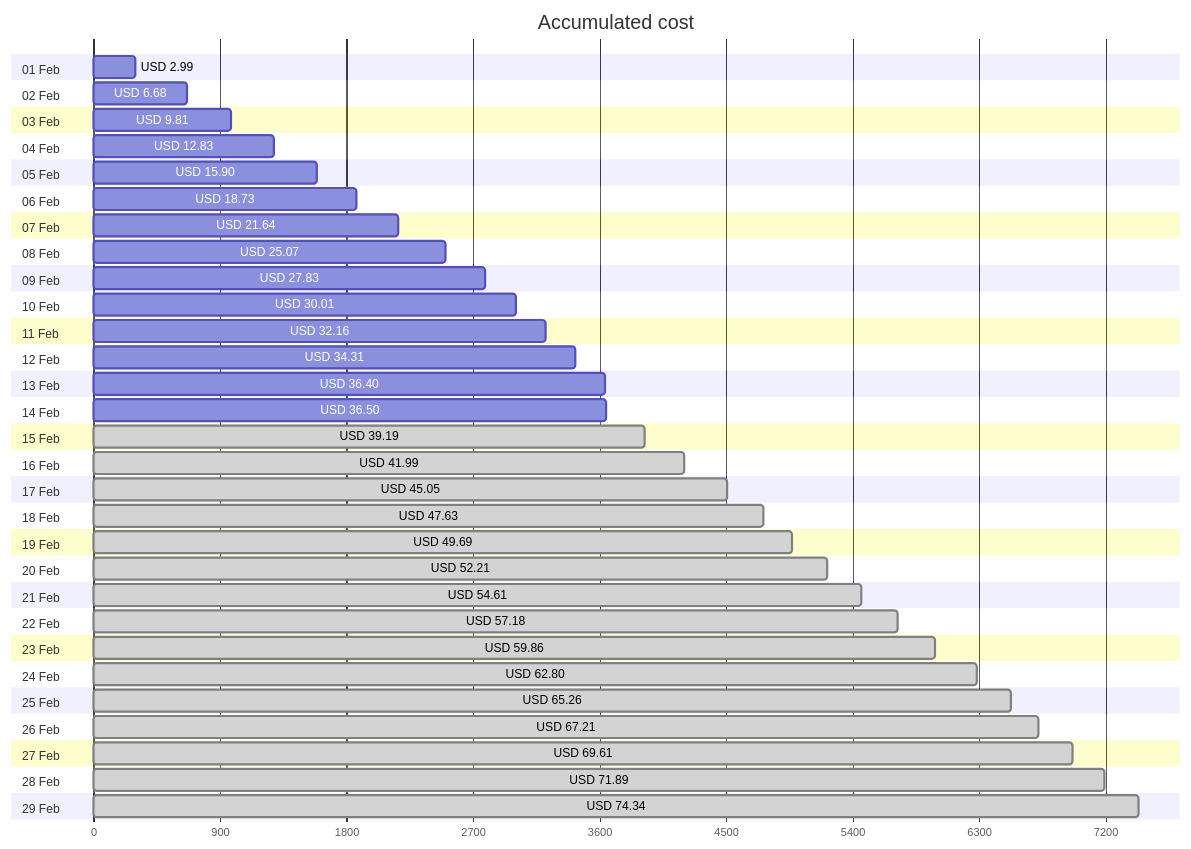
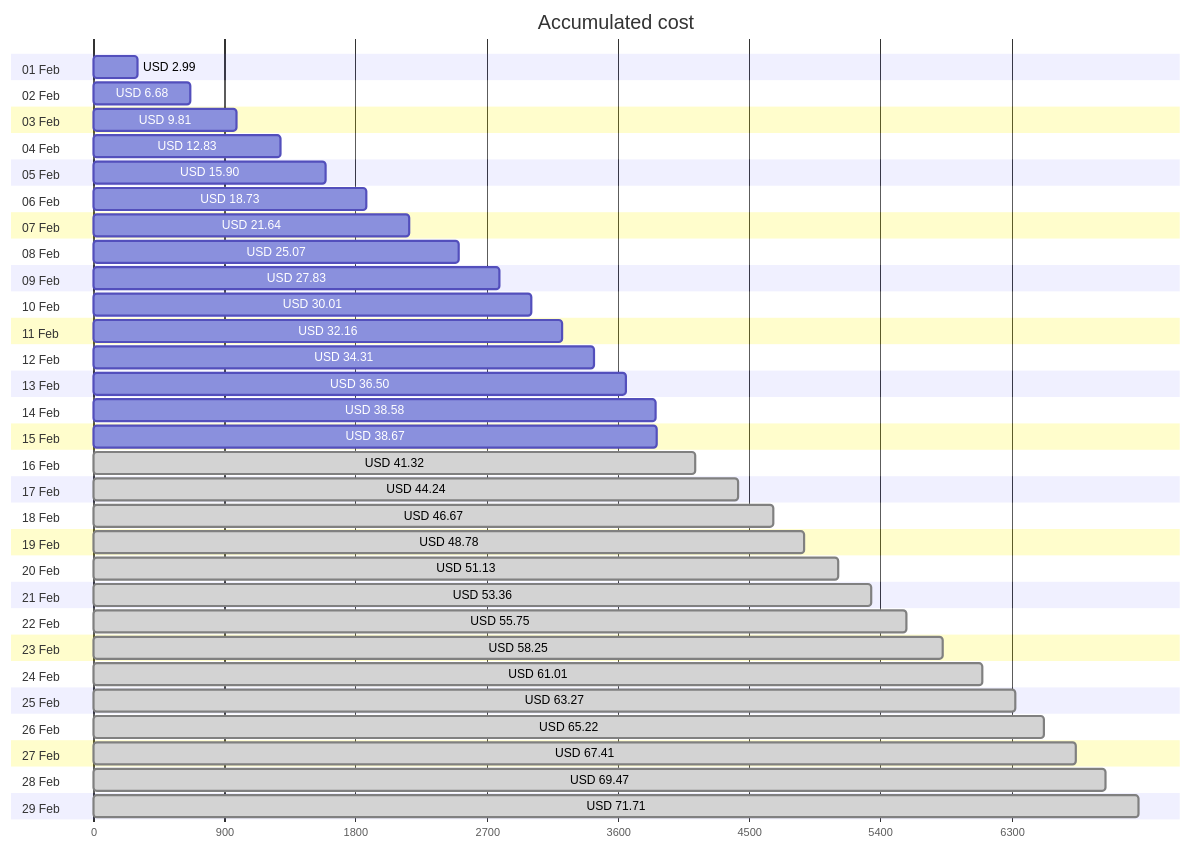
Before and after one commit to jpfulton/azure-personal-reports: the first of 4 diagrams in cost-reports/accumulated-cost.md, drawn with Mermaid. The commit also changed other lines of this file and 4 other files, not shown here.

````diff
--- a/cost-reports/accumulated-cost.md
+++ b/cost-reports/accumulated-cost.md
@@ -20,64 +20,64 @@
 ```mermaid
 gantt
    title Accumulated cost
    dateFormat  X
    axisFormat %s
    section 01 Feb
    USD 2.99 :0, 299
    section 02 Feb
    USD 6.68 :0, 668
    section 03 Feb
    USD 9.81 :0, 981
    section 04 Feb
    USD 12.83 :0, 1283
    section 05 Feb
    USD 15.90 :0, 1590
    section 06 Feb
    USD 18.73 :0, 1873
    section 07 Feb
    USD 21.64 :0, 2164
    section 08 Feb
    USD 25.07 :0, 2507
    section 09 Feb
    USD 27.83 :0, 2783
    section 10 Feb
    USD 30.01 :0, 3001
    section 11 Feb
    USD 32.16 :0, 3216
    section 12 Feb
    USD 34.31 :0, 3431
    section 13 Feb
-   USD 36.40 :0, 3640
+   USD 36.50 :0, 3650
    section 14 Feb
-   USD 36.50 :0, 3650
+   USD 38.58 :0, 3858
    section 15 Feb
-   USD 39.19 : done, 0, 3919
+   USD 38.67 :0, 3867
    section 16 Feb
-   USD 41.99 : done, 0, 4199
+   USD 41.32 : done, 0, 4132
    section 17 Feb
-   USD 45.05 : done, 0, 4505
+   USD 44.24 : done, 0, 4424
    section 18 Feb
-   USD 47.63 : done, 0, 4763
+   USD 46.67 : done, 0, 4667
    section 19 Feb
-   USD 49.69 : done, 0, 4969
+   USD 48.78 : done, 0, 4878
    section 20 Feb
-   USD 52.21 : done, 0, 5221
+   USD 51.13 : done, 0, 5113
    section 21 Feb
-   USD 54.61 : done, 0, 5461
+   USD 53.36 : done, 0, 5336
    section 22 Feb
-   USD 57.18 : done, 0, 5718
+   USD 55.75 : done, 0, 5575
    section 23 Feb
-   USD 59.86 : done, 0, 5986
+   USD 58.25 : done, 0, 5825
    section 24 Feb
-   USD 62.80 : done, 0, 6280
+   USD 61.01 : done, 0, 6101
    section 25 Feb
-   USD 65.26 : done, 0, 6526
+   USD 63.27 : done, 0, 6327
    section 26 Feb
-   USD 67.21 : done, 0, 6721
+   USD 65.22 : done, 0, 6522
    section 27 Feb
-   USD 69.61 : done, 0, 6961
+   USD 67.41 : done, 0, 6741
    section 28 Feb
-   USD 71.89 : done, 0, 7189
+   USD 69.47 : done, 0, 6947
    section 29 Feb
-   USD 74.34 : done, 0, 7434
+   USD 71.71 : done, 0, 7171
 ```
````
